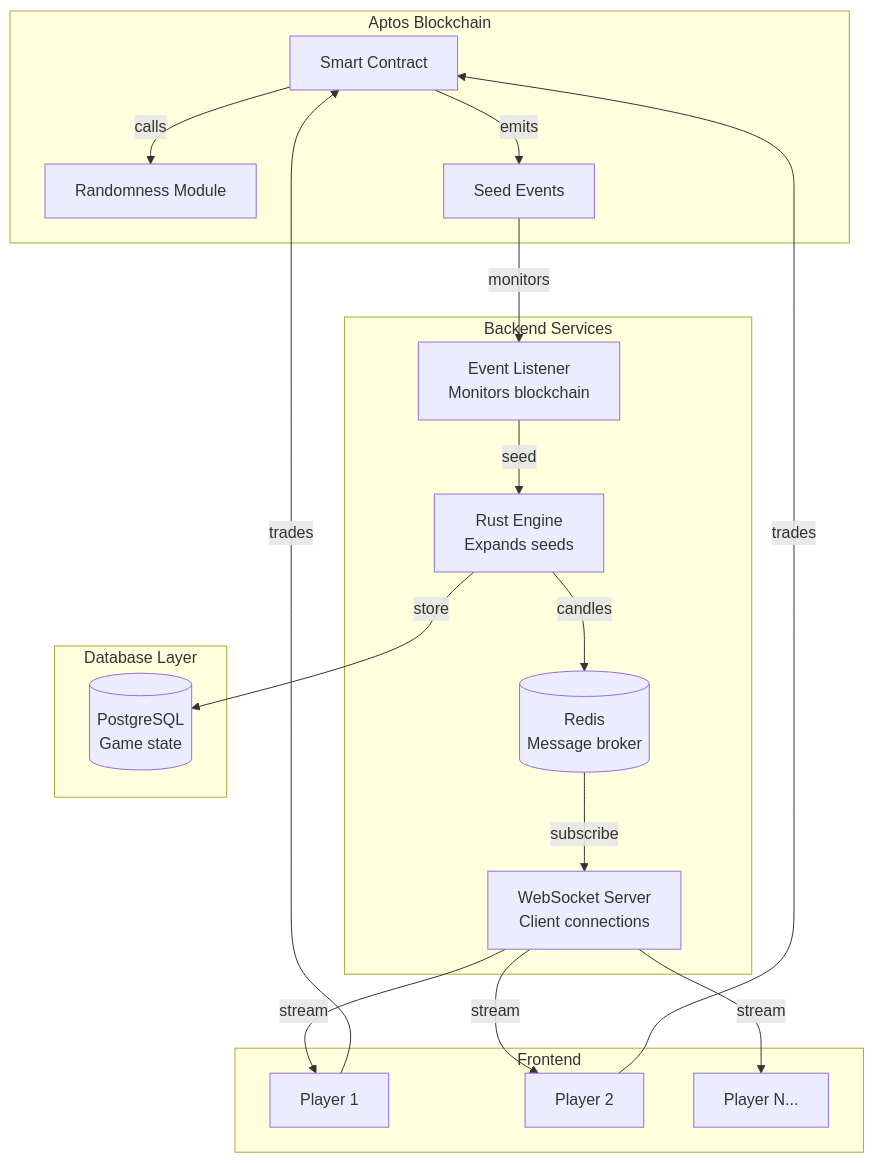
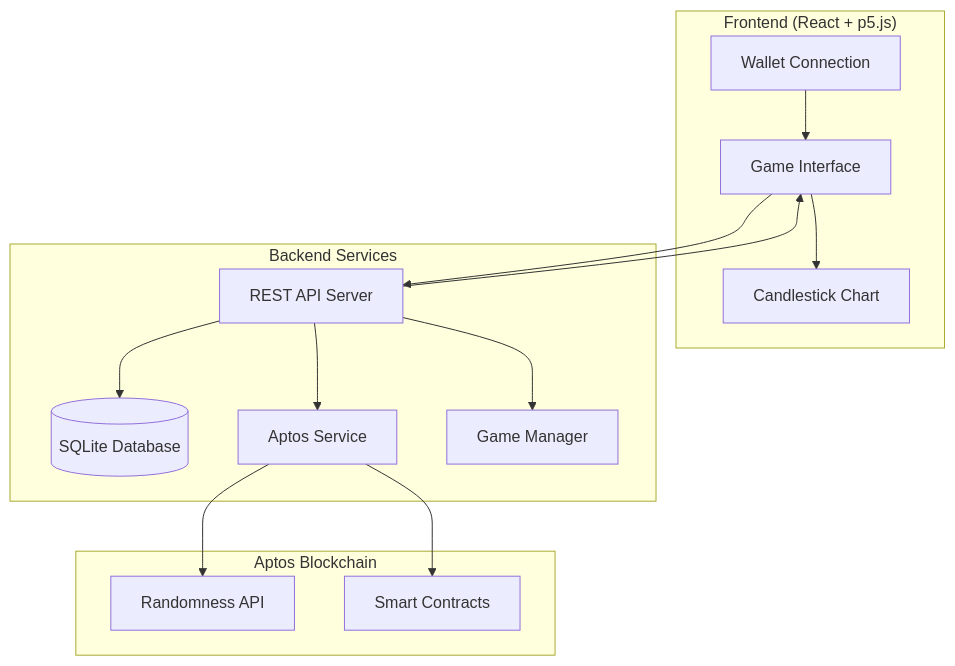
The diagram in cash-offchain-plan3.md (maxmoneycash/cash-trading-game), drawn with Mermaid before and after one commit. The commit also changed other lines of this file and 1 other file, not shown here.

````diff
--- a/cash-offchain-plan3.md
+++ b/cash-offchain-plan3.md
@@ -16,39 +44,33 @@
 ```mermaid
 graph TD
-    subgraph "Aptos Blockchain"
-        CONTRACT[Smart Contract]
-        RNG[Randomness Module]
-        CONTRACT -->|calls| RNG
-        CONTRACT -->|emits| EVENT[Seed Events]
+    subgraph "Frontend (React + p5.js)"
+        WALLET[Wallet Connection]
+        GAMEUI[Game Interface]
+        CHART[Candlestick Chart]
+        
+        WALLET --> GAMEUI
+        GAMEUI --> CHART
     end
     
     subgraph "Backend Services"
-        LISTENER[Event Listener<br/>Monitors blockchain]
-        ENGINE[Rust Engine<br/>Expands seeds]
-        REDIS[(Redis<br/>Message broker)]
-        WS[WebSocket Server<br/>Client connections]
+        API[REST API Server]
+        DB[(SQLite Database)]
+        APTOS_SERVICE[Aptos Service]
+        GAME_MANAGER[Game Manager]
         
-        EVENT -->|monitors| LISTENER
-        LISTENER -->|seed| ENGINE
-        ENGINE -->|candles| REDIS
-        REDIS -->|subscribe| WS
+        API --> DB
+        API --> APTOS_SERVICE
+        API --> GAME_MANAGER
     end
     
-    subgraph "Database Layer"
-        PG[(PostgreSQL<br/>Game state)]
-        ENGINE -->|store| PG
+    subgraph "Aptos Blockchain"
+        RANDOMNESS[Randomness API]
+        CONTRACTS[Smart Contracts]
+        
+        APTOS_SERVICE --> RANDOMNESS
+        APTOS_SERVICE --> CONTRACTS
     end
     
-    subgraph "Frontend"
-        CLIENT1[Player 1]
-        CLIENT2[Player 2]
-        CLIENT3[Player N...]
-        
-        WS -->|stream| CLIENT1
-        WS -->|stream| CLIENT2
-        WS -->|stream| CLIENT3
-    end
-    
-    CLIENT1 -->|trades| CONTRACT
-    CLIENT2 -->|trades| CONTRACT
+    GAMEUI --> API
+    API --> GAMEUI
 ```
````
